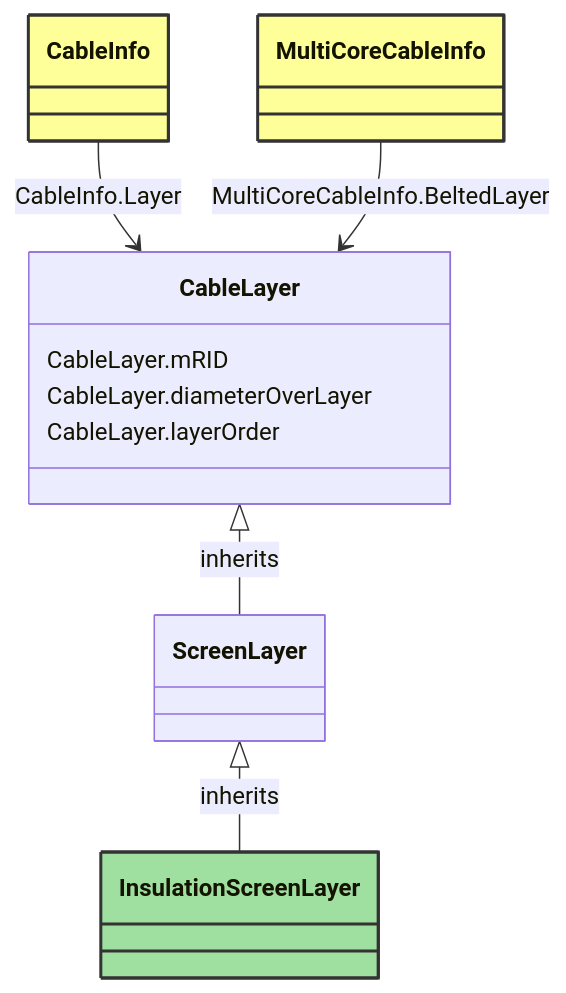
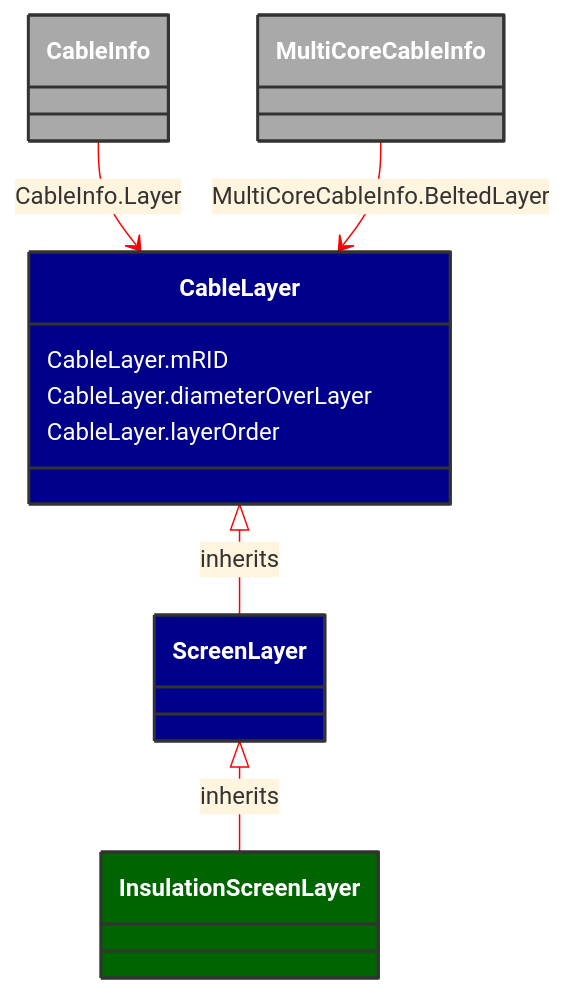
One commit to 3lbits/NoCIMExtensions changed the diagram in docs/Models/Profiles/SubseaCableInfo/ConcreteClasses/InsulationScreenLayer.md. Above: the diagram before and after it, drawn with Mermaid. The commit also changed 58 other files, not shown here.

````diff
--- a/docs/Models/Profiles/SubseaCableInfo/ConcreteClasses/InsulationScreenLayer.md
+++ b/docs/Models/Profiles/SubseaCableInfo/ConcreteClasses/InsulationScreenLayer.md
@@ -8,36 +8,37 @@
 ```mermaid
+%%{init: {'theme':'base','themeVariables': {'lineColor': '#FF0000'}}}%%
 classDiagram
     class InsulationScreenLayer
     click InsulationScreenLayer href "/Models/Profiles/SubseaCableInfo/ConcreteClasses/InsulationScreenLayer/"
-    style InsulationScreenLayer fill:#9fdf9f,stroke:#333,stroke-width:2px,rx:10,ry:10
+    style InsulationScreenLayer fill:#006400,stroke:#333,stroke-width:2px,rx:10,ry:10,color:white
 
         ScreenLayer <|-- InsulationScreenLayer : inherits
             click ScreenLayer href "/Models/Profiles/SubseaCableInfo/ConcreteClasses/ScreenLayer/"
-            style ScreenLayer rx:10,ry:10
+            style ScreenLayer fill:#00008B,stroke:#333,stroke-width:2px,rx:10,ry:10,color:white
 
         InsulationScreenLayer
             click InsulationScreenLayer href "/Models/Profiles/SubseaCableInfo/ConcreteClasses/InsulationScreenLayer/"
-            style InsulationScreenLayer rx:10,ry:10
+            style ScreenLayer fill:#00008B,stroke:#333,stroke-width:2px,rx:10,ry:10,color:white
 
         CableLayer <|-- ScreenLayer : inherits
             click CableLayer href "/Models/Profiles/SubseaCableInfo/AbstractClasses/CableLayer/"
-            style CableLayer rx:10,ry:10
+            style CableLayer fill:#00008B,stroke:#333,stroke-width:2px,rx:10,ry:10,color:white
 
 
         CableInfo --> CableLayer : CableInfo.Layer
 
         CableInfo
             click CableInfo href "/Models/Profiles/SubseaCableInfo/ConcreteClasses/CableInfo/"
-            style CableInfo fill:#ffff99,stroke:#333,stroke-width:2px,rx:10,ry:10
+            style CableInfo fill:#A9A9A9,stroke:#333,stroke-width:2px,rx:10,ry:10,color:white
 
         MultiCoreCableInfo --> CableLayer : MultiCoreCableInfo.BeltedLayer
 
         MultiCoreCableInfo
             click MultiCoreCableInfo href "/Models/Profiles/SubseaCableInfo/ConcreteClasses/MultiCoreCableInfo/"
-            style MultiCoreCableInfo fill:#ffff99,stroke:#333,stroke-width:2px,rx:10,ry:10
+            style MultiCoreCableInfo fill:#A9A9A9,stroke:#333,stroke-width:2px,rx:10,ry:10,color:white
 
 
         CableLayer : CableLayer.mRID
         CableLayer : CableLayer.diameterOverLayer
         CableLayer : CableLayer.layerOrder
 ```
````
